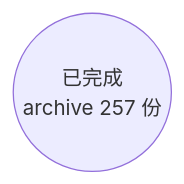
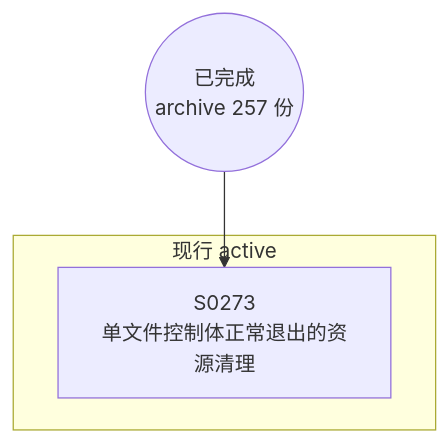
The diagram in docs/specs/dependency-graph.md (Halckon/Koven), drawn with Mermaid before and after one commit. The commit also changed other lines of this file and 12 other files, not shown here.

````diff
--- a/docs/specs/dependency-graph.md
+++ b/docs/specs/dependency-graph.md
@@ -9,4 +9,8 @@
 ```mermaid
 flowchart TD
 ARCH(("已完成<br/>archive 257 份"))
+subgraph Gactive["现行 active"]
+  S0273["S0273<br/>单文件控制体正常退出的资源清理"]
+end
+ARCH --> S0273
 ```
````
